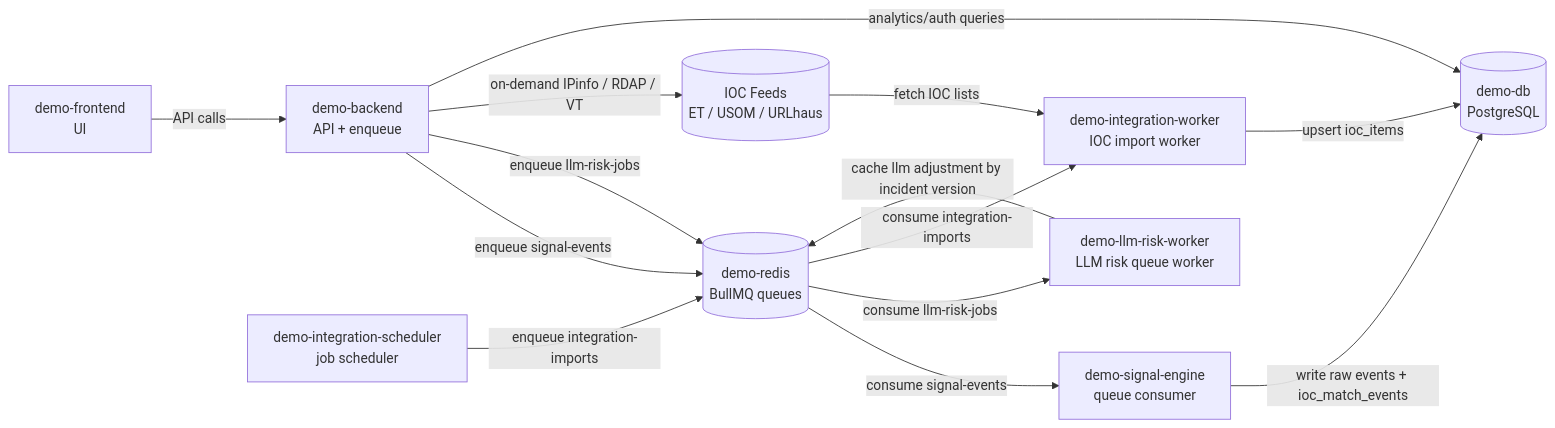
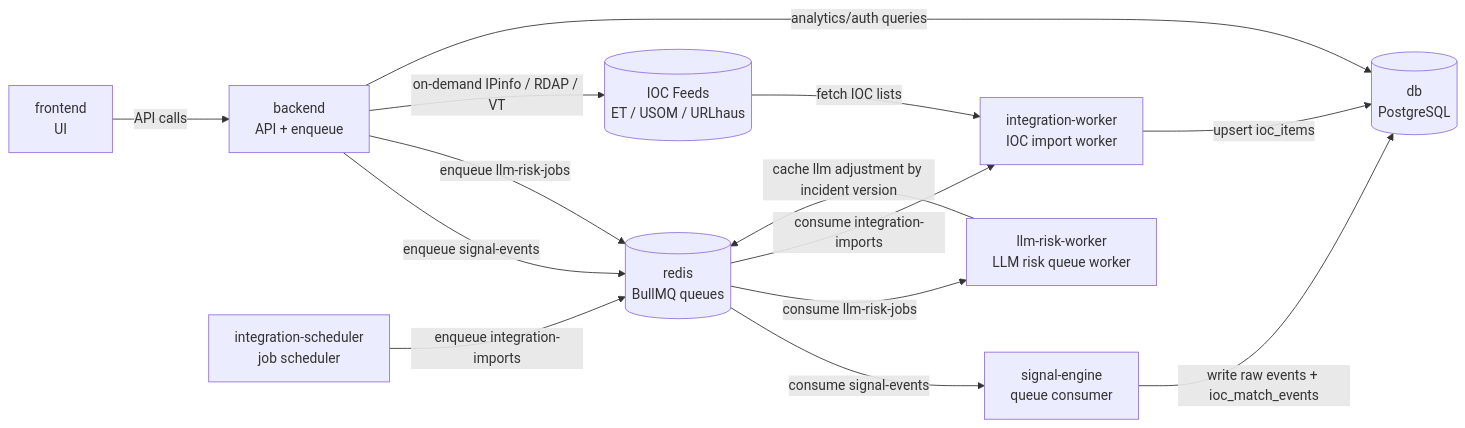
One commit to spatronn/TalonHound changed the diagram in docs/container-operations-and-tuning.md. Above: the diagram before and after it, drawn with Mermaid. The commit also changed other lines of this file and 5 other files, not shown here.

````diff
--- a/docs/container-operations-and-tuning.md
+++ b/docs/container-operations-and-tuning.md
@@ -207,28 +207,28 @@
 ```mermaid
 flowchart LR
-    FE[demo-frontend\nUI]
-    BE[demo-backend\nAPI + enqueue]
-    R[(demo-redis\nBullMQ queues)]
-    SE[demo-signal-engine\nqueue consumer]
-    IS[demo-integration-scheduler\njob scheduler]
-    IW[demo-integration-worker\nIOC import worker]
-    LLMW[demo-llm-risk-worker\nLLM risk queue worker]
-    DB[(demo-db\nPostgreSQL)]
+    FE[frontend\nUI]
+    BE[backend\nAPI + enqueue]
+    R[(redis\nBullMQ queues)]
+    SE[signal-engine\nqueue consumer]
+    IS[integration-scheduler\njob scheduler]
+    IW[integration-worker\nIOC import worker]
+    LLMW[llm-risk-worker\nLLM risk queue worker]
+    DB[(db\nPostgreSQL)]
     EXT[(IOC Feeds\nET / USOM / URLhaus)]
 
     FE -->|API calls| BE
 
     BE -->|enqueue signal-events| R
     BE -->|enqueue llm-risk-jobs| R
     R -->|consume signal-events| SE
     R -->|consume llm-risk-jobs| LLMW
     SE -->|write raw events + ioc_match_events| DB
     LLMW -->|cache llm adjustment by incident version| R
 
     IS -->|enqueue integration-imports| R
     R -->|consume integration-imports| IW
     EXT -->|fetch IOC lists| IW
     IW -->|upsert ioc_items| DB
     BE -->|on-demand IPinfo / RDAP / VT| EXT
     BE -->|analytics/auth queries| DB
 ```
````
